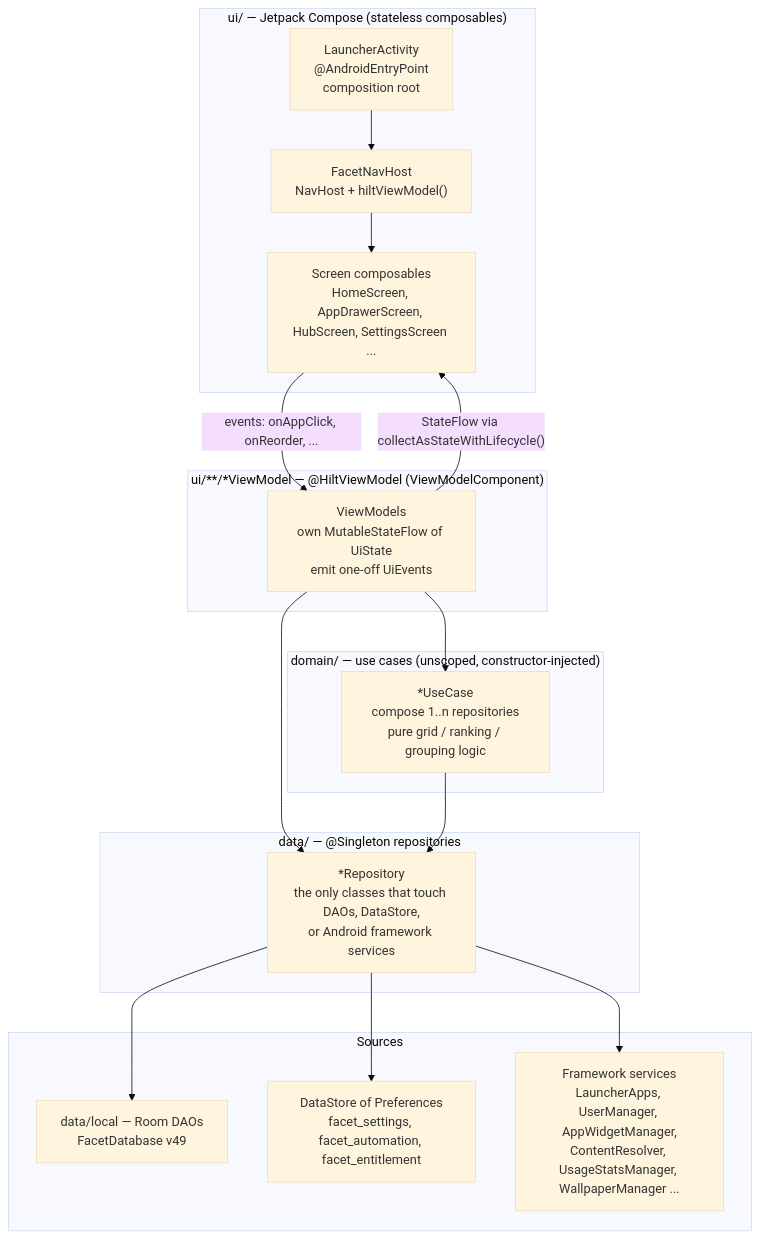
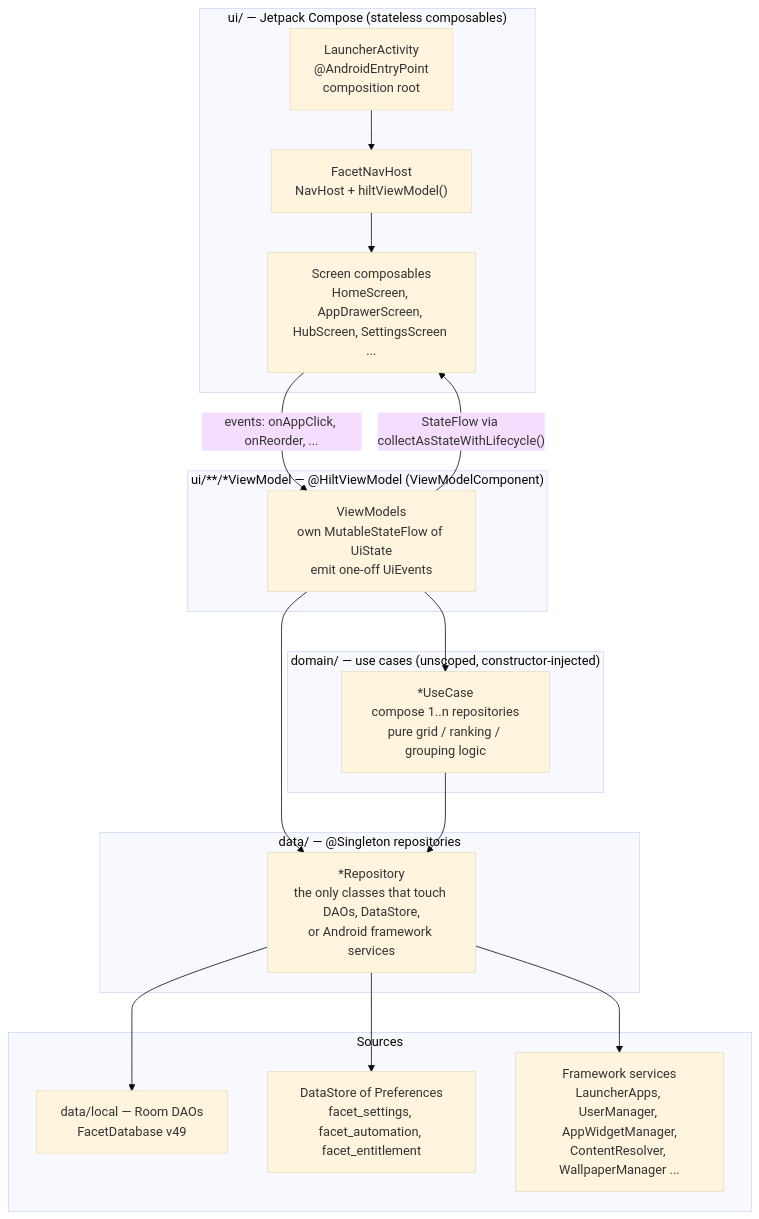
Before and after one commit to rohitganjam/facet-launcher: the first of 3 diagrams in docs/architecture/01-architecture-and-layers.md, drawn with Mermaid (base theme). The commit also changed other lines of this file and 108 other files, not shown here.

````diff
--- a/docs/architecture/01-architecture-and-layers.md
+++ b/docs/architecture/01-architecture-and-layers.md
@@ -8,36 +8,36 @@
 ```mermaid
 flowchart TB
     subgraph UI["ui/ — Jetpack Compose (stateless composables)"]
         ACT["LauncherActivity\n@AndroidEntryPoint\ncomposition root"]
         NAV["FacetNavHost\nNavHost + hiltViewModel()"]
         SCR["Screen composables\nHomeScreen, AppDrawerScreen, HubScreen, SettingsScreen ..."]
         ACT --> NAV --> SCR
     end
 
     subgraph VM["ui/**/*ViewModel — @HiltViewModel (ViewModelComponent)"]
         VMS["ViewModels\nown MutableStateFlow of UiState\nemit one-off UiEvents"]
     end
 
     subgraph DOM["domain/ — use cases (unscoped, constructor-injected)"]
         UC["*UseCase\ncompose 1..n repositories\npure grid / ranking / grouping logic"]
     end
 
     subgraph DATA["data/ — @Singleton repositories"]
         REPO["*Repository\nthe only classes that touch DAOs, DataStore,\nor Android framework services"]
     end
 
     subgraph SRC["Sources"]
         DAO["data/local — Room DAOs\nFacetDatabase v49"]
         DS["DataStore of Preferences\nfacet_settings, facet_automation, facet_entitlement"]
-        FW["Framework services\nLauncherApps, UserManager, AppWidgetManager,\nContentResolver, UsageStatsManager, WallpaperManager ..."]
+        FW["Framework services\nLauncherApps, UserManager, AppWidgetManager,\nContentResolver, WallpaperManager ..."]
     end
 
     SCR -- "events: onAppClick, onReorder, ..." --> VMS
     VMS -- "StateFlow via collectAsStateWithLifecycle()" --> SCR
     VMS --> UC
     VMS --> REPO
     UC --> REPO
     REPO --> DAO
     REPO --> DS
     REPO --> FW
 ```
````
